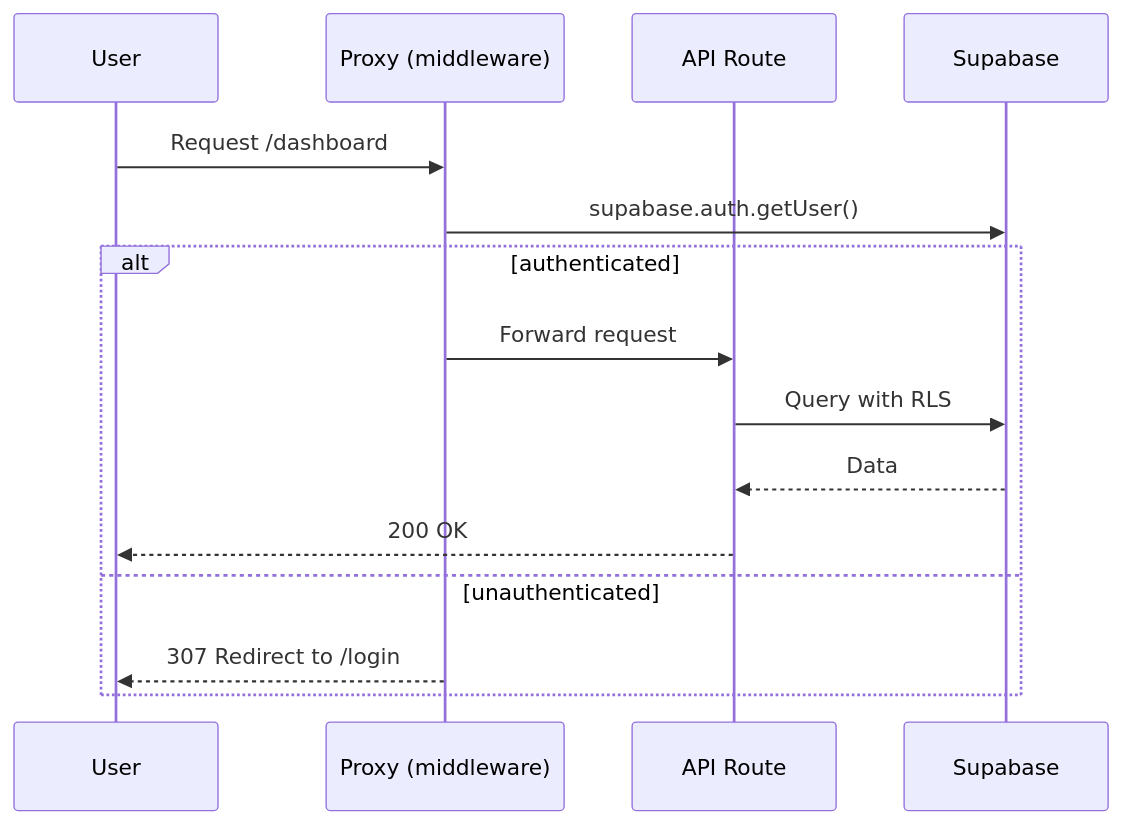
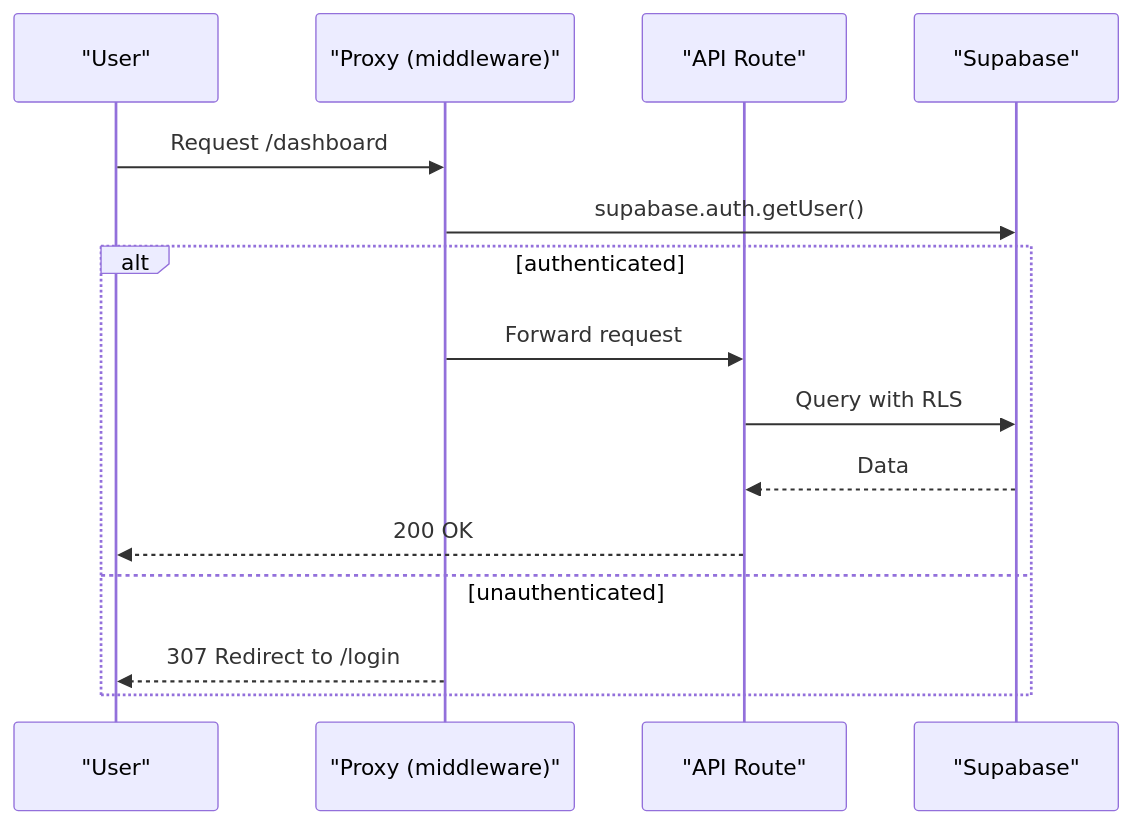
One commit to frpboy/sahakar-accounts changed the second of 4 diagrams in README.md. Above: the diagram before and after it, drawn with Mermaid. The commit also changed other lines of this file, not shown here.

First line of the commit message:
docs: add quotes to mermaid diagram labels for consistency

````diff
--- a/README.md
+++ b/README.md
@@ -28,17 +28,17 @@
 ```mermaid
 sequenceDiagram
-    participant U as User
-    participant P as Proxy (middleware)
-    participant API as API Route
-    participant S as Supabase
+    participant U as "User"
+    participant P as "Proxy (middleware)"
+    participant API as "API Route"
+    participant S as "Supabase"
     U->>P: Request /dashboard
     P->>S: supabase.auth.getUser()
     alt authenticated
         P->>API: Forward request
         API->>S: Query with RLS
         S-->>API: Data
         API-->>U: 200 OK
     else unauthenticated
         P-->>U: 307 Redirect to /login
     end
 ```
````
